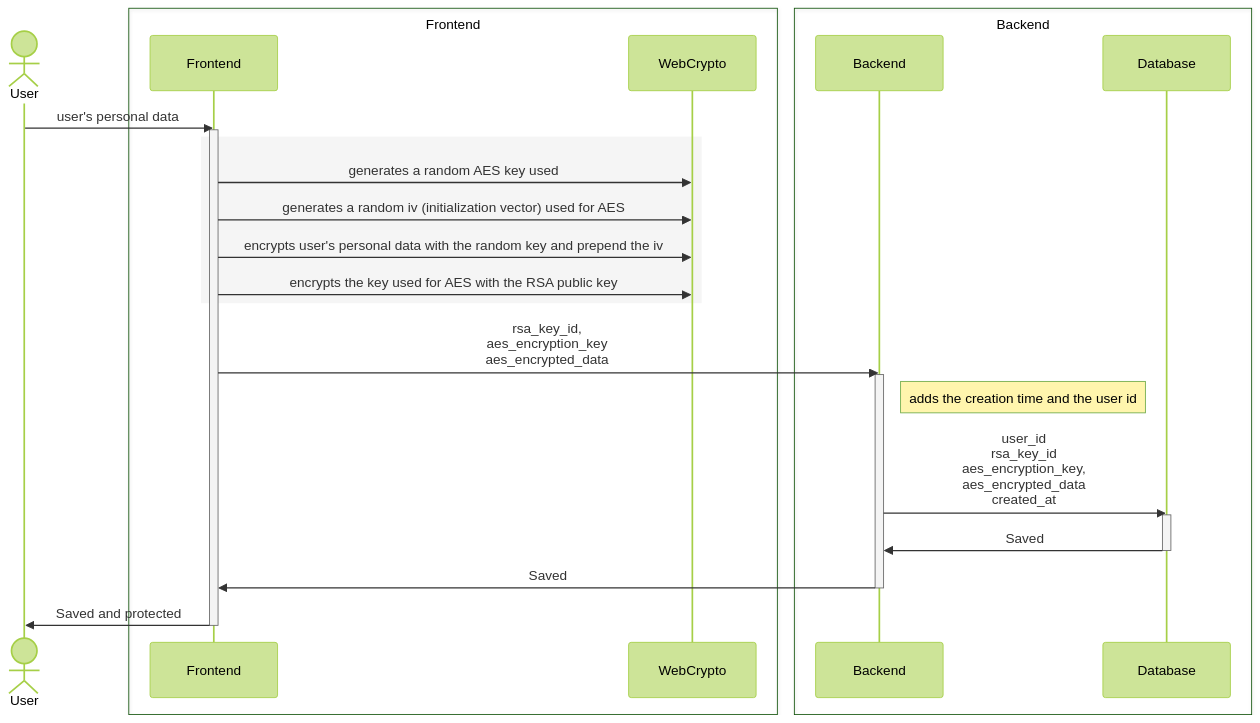
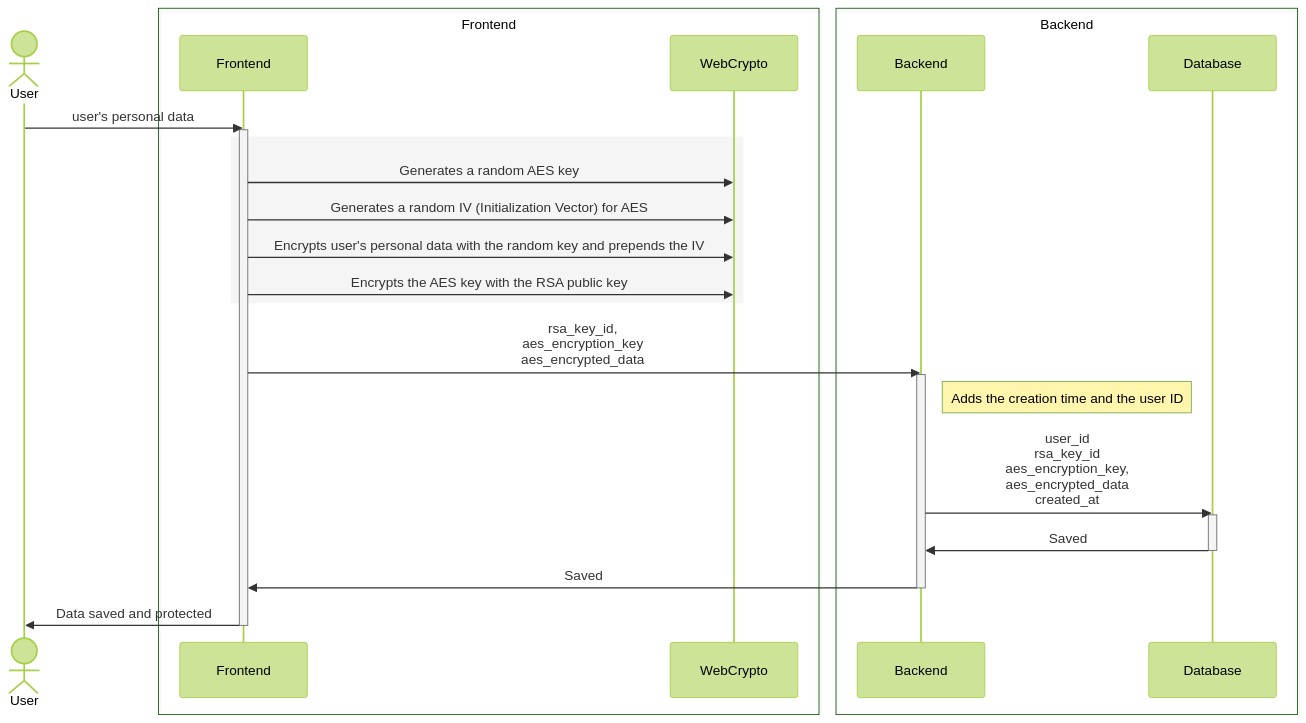
One commit to tabiya-tech/compass changed the first of 2 diagrams in sensitive-data-protection.md. Above: the diagram before and after it, drawn with Mermaid (forest theme). The commit also changed other lines of this file, not shown here.

First line of the commit message:
chore(backend): Improve the sensitive-data-protection.md

````diff
--- a/sensitive-data-protection.md
+++ b/sensitive-data-protection.md
@@ -110,42 +111,42 @@
 ```mermaid
 sequenceDiagram
     actor User
 
     box Frontend
         participant FE as Frontend
         participant crypto as WebCrypto
     end
 
     box Backend
         participant BE as Backend
         participant DB as Database
     end
 
 
     User->>FE: user's personal data
     activate FE
        rect rgb(245, 245, 245)
-           FE ->> crypto: generates a random AES key used
-           FE ->> crypto: generates a random iv (initialization vector) used for AES
-           FE ->> crypto: encrypts user's personal data  with the random key and prepend the iv
-           FE ->> crypto: encrypts the key used for AES  with the RSA public key
+           FE ->> crypto: Generates a random AES key
+           FE ->> crypto: Generates a random IV (Initialization Vector) for AES
+           FE ->> crypto: Encrypts user's personal data with the random key and prepends the IV
+           FE ->> crypto: Encrypts the AES key with the RSA public key
        end
        
        FE  ->> BE: rsa_key_id,<br />aes_encryption_key<br />aes_encrypted_data
    
        activate BE
-           Note right of BE: adds the creation time and the user id
+           Note right of BE: Adds the creation time and the user ID
        
            BE ->> DB: user_id<br />rsa_key_id<br />aes_encryption_key,<br />aes_encrypted_data<br />created_at
    
           activate DB
               DB ->> BE: Saved
           deactivate DB
        
            BE ->> FE: Saved
        deactivate BE
        
-       FE ->> User: Saved and protected
+       FE ->> User: Data saved and protected
     deactivate FE
 
 ```
````
